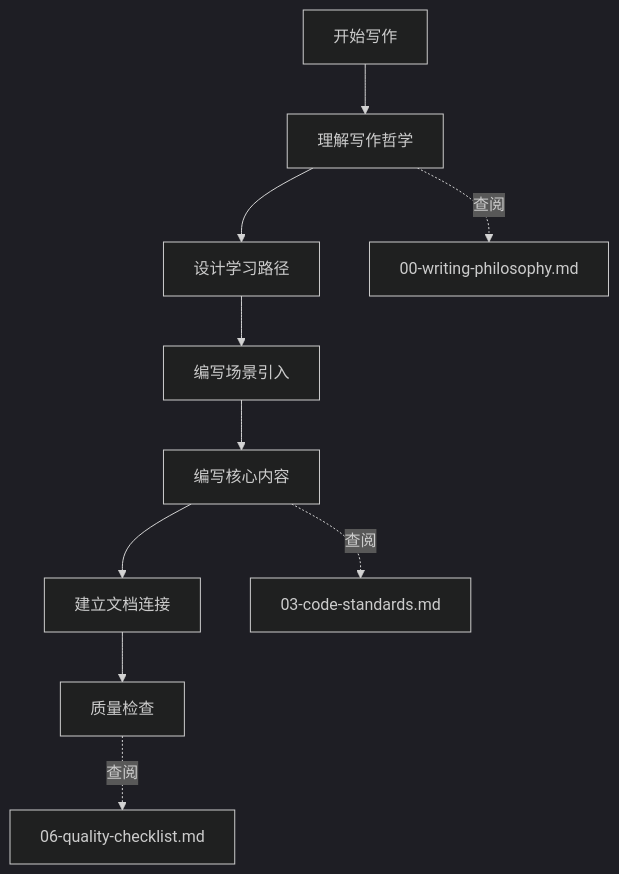
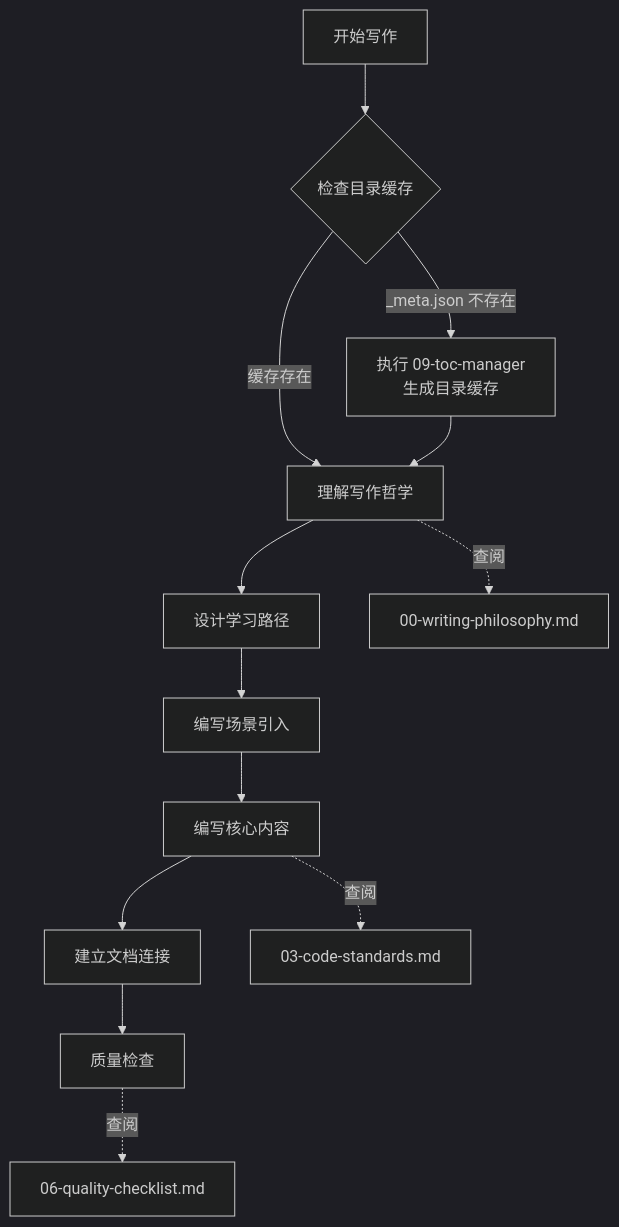
One commit to smartboot/feat changed the third of 5 diagrams in .agents/skills/feat-docs-tutorial/SKILL.md. Above: the diagram before and after it, drawn with Mermaid (dark theme). The commit also changed other lines of this file, not shown here.

Commit message:
refactor(docs): 更新写作流程图以集成目录缓存检查
- 在开始写作流程中添加目录缓存检查步骤
- 当 _meta.json 不存在时执行 toc-manager 生成缓存
- 调整流程节点顺序以优化写作路径
- 添加缓存检查说明文档结构和用途
- 确保新文档与现有知识网络连贯性

````diff
--- a/.agents/skills/feat-docs-tutorial/SKILL.md
+++ b/.agents/skills/feat-docs-tutorial/SKILL.md
@@ -46,13 +46,16 @@
 ```mermaid
 flowchart TD
-    A[开始写作] --> B[理解写作哲学]
-    B --> C[设计学习路径]
-    C --> D[编写场景引入]
-    D --> E[编写核心内容]
-    E --> F[建立文档连接]
-    F --> G[质量检查]
+    A[开始写作] --> B{检查目录缓存}
+    B -->|_meta.json 不存在| C[执行 09-toc-manager<br/>生成目录缓存]
+    B -->|缓存存在| D[理解写作哲学]
+    C --> D
+    D --> E[设计学习路径]
+    E --> F[编写场景引入]
+    F --> G[编写核心内容]
+    G --> H[建立文档连接]
+    H --> I[质量检查]
     
-    B -.->|查阅| B1[00-writing-philosophy.md]
-    E -.->|查阅| E1[03-code-standards.md]
-    G -.->|查阅| G1[06-quality-checklist.md]
+    D -.->|查阅| D1[00-writing-philosophy.md]
+    G -.->|查阅| G1[03-code-standards.md]
+    I -.->|查阅| I1[06-quality-checklist.md]
 ```
````
